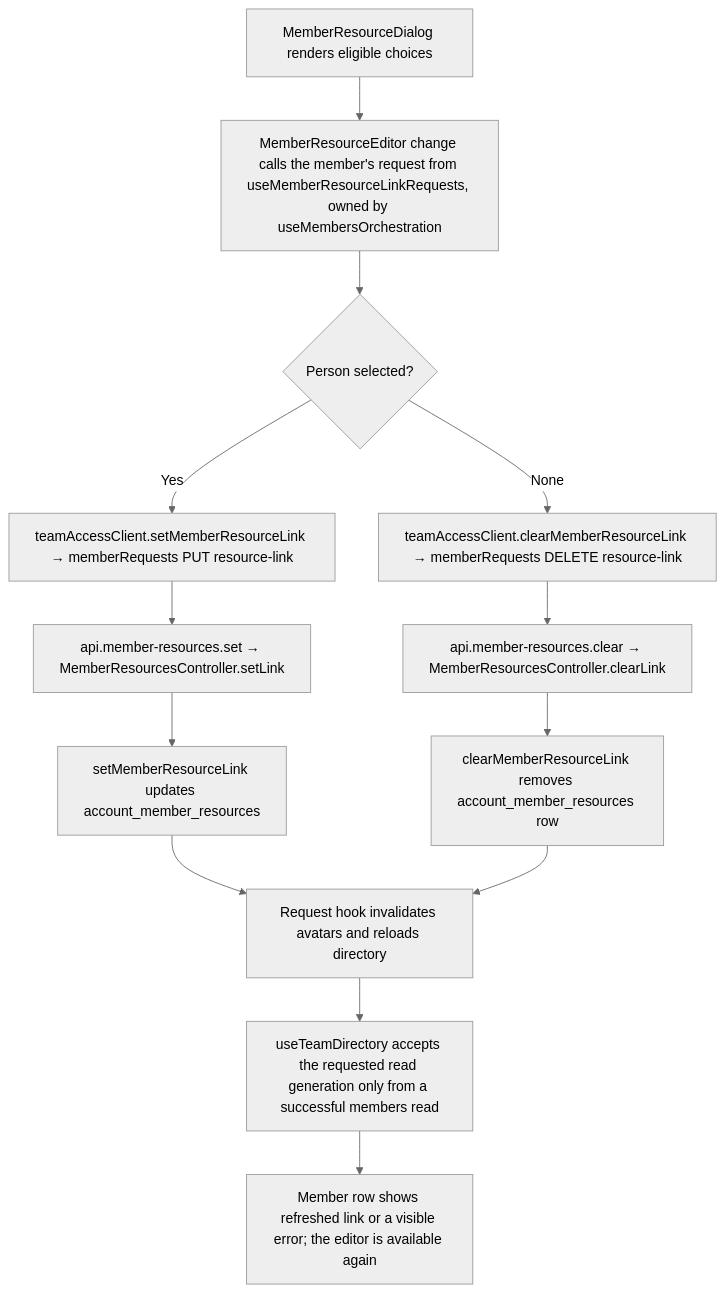
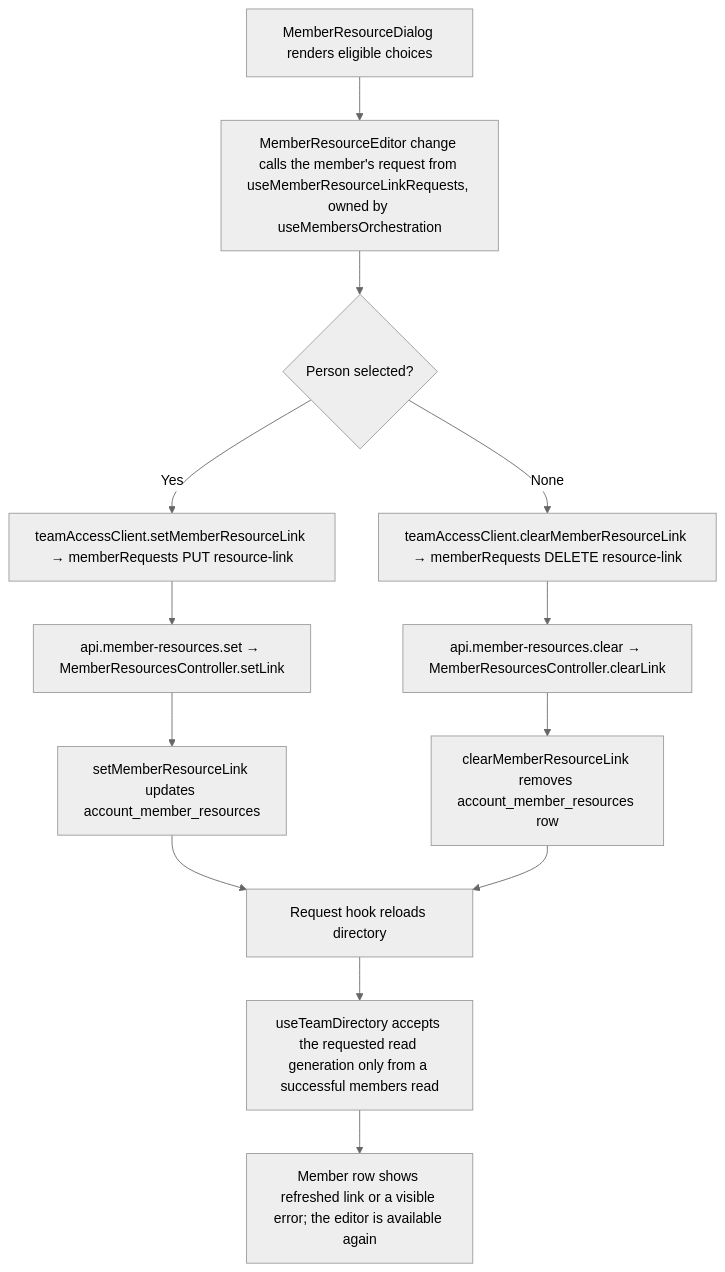
One commit to Kevinjohn/capacitylens changed the second of 2 diagrams in user-stories/team/US-TEAM-07-link-resource.md. Above: the diagram before and after it, drawn with Mermaid (neutral theme). The commit also changed 26 other files, not shown here.

````diff
--- a/user-stories/team/US-TEAM-07-link-resource.md
+++ b/user-stories/team/US-TEAM-07-link-resource.md
@@ -35,15 +35,15 @@
 ```mermaid
 flowchart TD
     Dialog["MemberResourceDialog renders eligible choices"] --> Select["MemberResourceEditor change calls the member's request from useMemberResourceLinkRequests, owned by useMembersOrchestration"]
     Select --> Choose{"Person selected?"}
     Choose -->|"Yes"| SetClient["teamAccessClient.setMemberResourceLink → memberRequests PUT resource-link"]
     SetClient --> SetRoute["api.member-resources.set → MemberResourcesController.setLink"]
     SetRoute --> SetLink["setMemberResourceLink updates account_member_resources"]
     Choose -->|"None"| ClearClient["teamAccessClient.clearMemberResourceLink → memberRequests DELETE resource-link"]
     ClearClient --> ClearRoute["api.member-resources.clear → MemberResourcesController.clearLink"]
     ClearRoute --> ClearLink["clearMemberResourceLink removes account_member_resources row"]
-    SetLink --> Reload["Request hook invalidates avatars and reloads directory"]
+    SetLink --> Reload["Request hook reloads directory"]
     ClearLink --> Reload
     Reload --> Fence["useTeamDirectory accepts the requested read generation only from a successful members read"]
     Fence --> Row["Member row shows refreshed link or a visible error; the editor is available again"]
 ```
````
